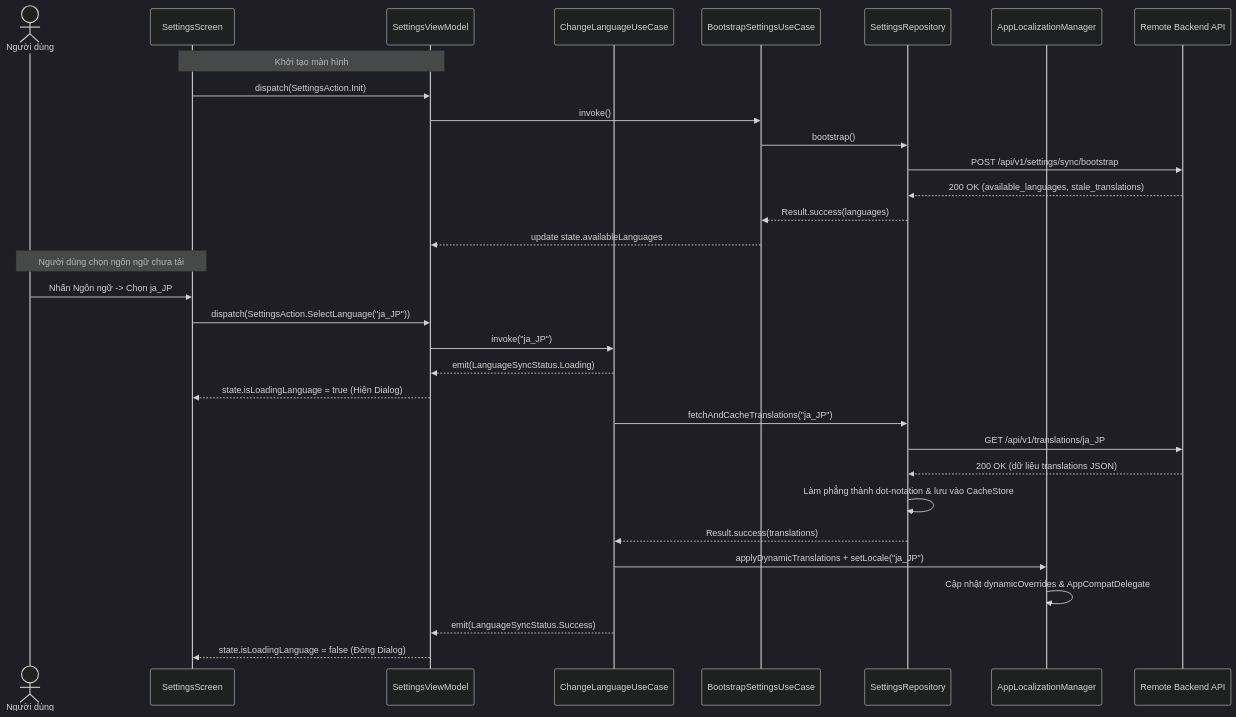
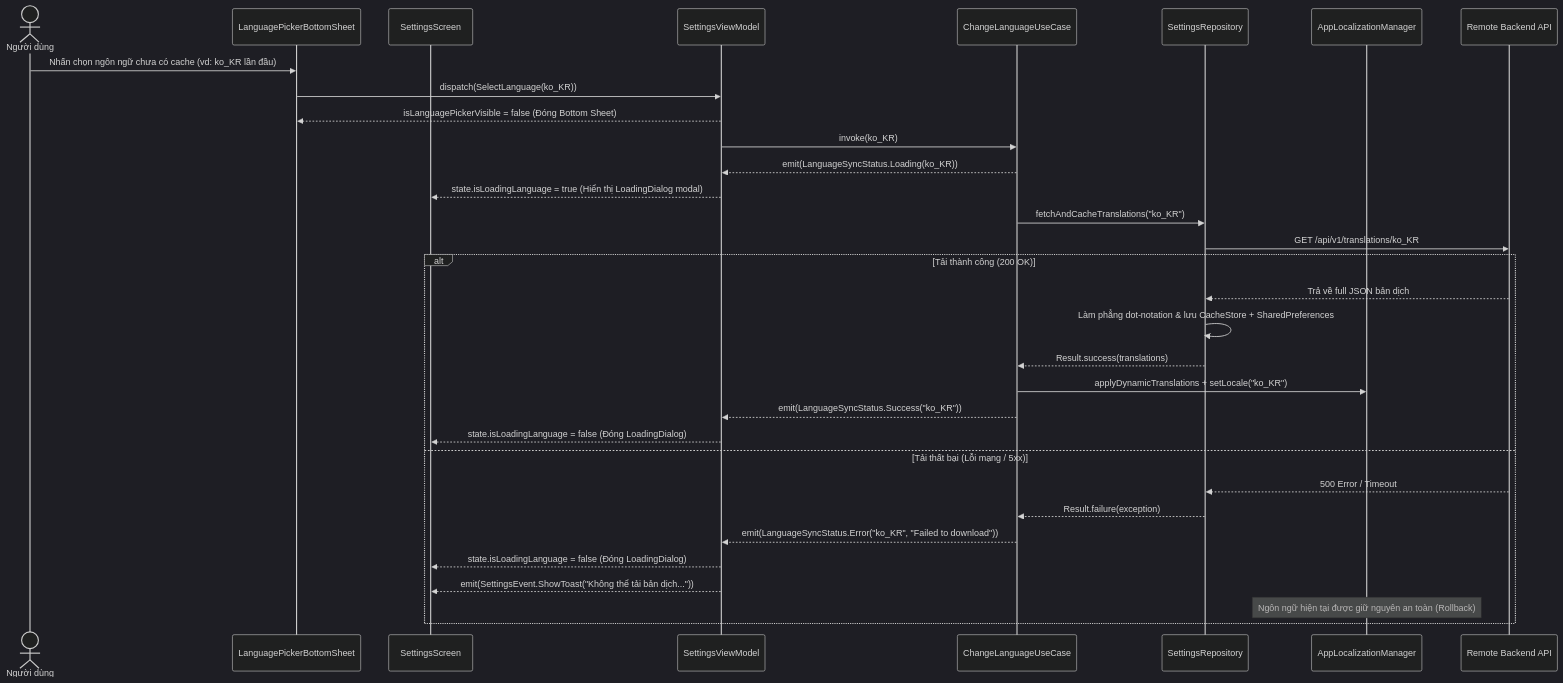
One commit to DanhDue/android_digital_wallet changed the sixth of 6 diagrams in .devtool/epic/settings_language_darkmode/settings_language_darkmode.vi.md. Above: the diagram before and after it, drawn with Mermaid (dark theme). The commit also changed other lines of this file and 61 other files, not shown here.

Commit message:
[SETTINGS-LANGUAGE-DARKMODE] fix bugs and update use cases.

````diff
--- a/.devtool/epic/settings_language_darkmode/settings_language_darkmode.vi.md
+++ b/.devtool/epic/settings_language_darkmode/settings_language_darkmode.vi.md
@@ -88,36 +227,37 @@
 ```mermaid
 sequenceDiagram
     actor User as Người dùng
+    participant Sheet as LanguagePickerBottomSheet
     participant Screen as SettingsScreen
     participant VM as SettingsViewModel
     participant ChangeUC as ChangeLanguageUseCase
-    participant BootUC as BootstrapSettingsUseCase
     participant Repo as SettingsRepository
     participant LocMgr as AppLocalizationManager
     participant API as Remote Backend API
 
-    Note over Screen,VM: Khởi tạo màn hình
-    Screen->>VM: dispatch(SettingsAction.Init)
-    VM->>BootUC: invoke()
-    BootUC->>Repo: bootstrap()
-    Repo->>API: POST /api/v1/settings/sync/bootstrap
-    API-->>Repo: 200 OK (available_languages, stale_translations)
-    Repo-->>BootUC: Result.success(languages)
-    BootUC-->>VM: update state.availableLanguages
+    User->>Sheet: Nhấn chọn ngôn ngữ chưa có cache (vd: ko_KR lần đầu)
+    Sheet->>VM: dispatch(SelectLanguage(ko_KR))
+    VM-->>Sheet: isLanguagePickerVisible = false (Đóng Bottom Sheet)
+    VM->>ChangeUC: invoke(ko_KR)
+    ChangeUC-->>VM: emit(LanguageSyncStatus.Loading(ko_KR))
+    VM-->>Screen: state.isLoadingLanguage = true (Hiển thị LoadingDialog modal)
 
-    Note over User,Screen: Người dùng chọn ngôn ngữ chưa tải
-    User->>Screen: Nhấn Ngôn ngữ -> Chọn ja_JP
-    Screen->>VM: dispatch(SettingsAction.SelectLanguage("ja_JP"))
-    VM->>ChangeUC: invoke("ja_JP")
-    ChangeUC-->>VM: emit(LanguageSyncStatus.Loading)
-    VM-->>Screen: state.isLoadingLanguage = true (Hiện Dialog)
-    ChangeUC->>Repo: fetchAndCacheTranslations("ja_JP")
-    Repo->>API: GET /api/v1/translations/ja_JP
-    API-->>Repo: 200 OK (dữ liệu translations JSON)
-    Repo->>Repo: Làm phẳng thành dot-notation & lưu vào CacheStore
-    Repo-->>ChangeUC: Result.success(translations)
-    ChangeUC->>LocMgr: applyDynamicTranslations + setLocale("ja_JP")
-    LocMgr->>LocMgr: Cập nhật dynamicOverrides & AppCompatDelegate
-    ChangeUC-->>VM: emit(LanguageSyncStatus.Success)
-    VM-->>Screen: state.isLoadingLanguage = false (Đóng Dialog)
+    ChangeUC->>Repo: fetchAndCacheTranslations("ko_KR")
+    Repo->>API: GET /api/v1/translations/ko_KR
+    
+    alt Tải thành công (200 OK)
+        API-->>Repo: Trả về full JSON bản dịch
+        Repo->>Repo: Làm phẳng dot-notation & lưu CacheStore + SharedPreferences
+        Repo-->>ChangeUC: Result.success(translations)
+        ChangeUC->>LocMgr: applyDynamicTranslations + setLocale("ko_KR")
+        ChangeUC-->>VM: emit(LanguageSyncStatus.Success("ko_KR"))
+        VM-->>Screen: state.isLoadingLanguage = false (Đóng LoadingDialog)
+    else Tải thất bại (Lỗi mạng / 5xx)
+        API-->>Repo: 500 Error / Timeout
+        Repo-->>ChangeUC: Result.failure(exception)
+        ChangeUC-->>VM: emit(LanguageSyncStatus.Error("ko_KR", "Failed to download"))
+        VM-->>Screen: state.isLoadingLanguage = false (Đóng LoadingDialog)
+        VM-->>Screen: emit(SettingsEvent.ShowToast("Không thể tải bản dịch..."))
+        Note over LocMgr: Ngôn ngữ hiện tại được giữ nguyên an toàn (Rollback)
+    end
 ```
````
